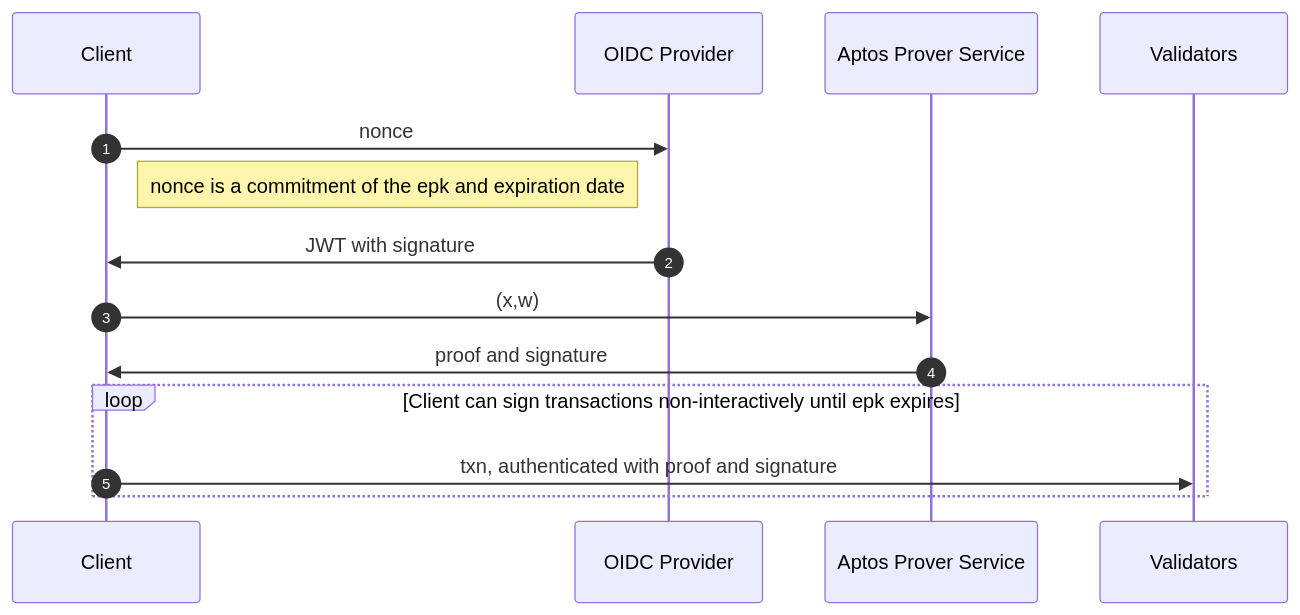
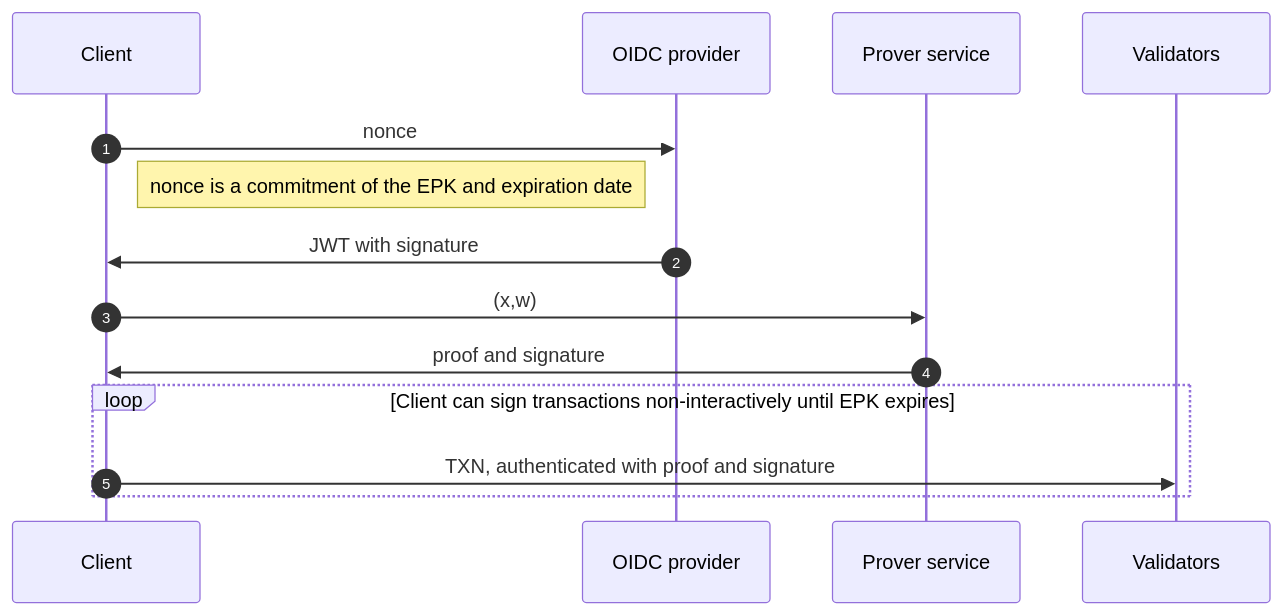
Before and after one commit to aptos-foundation/AIPs: the diagram in aips/aip-x.md, drawn with Mermaid. The commit also changed other lines of this file, not shown here.

````diff
--- a/aips/aip-x.md
+++ b/aips/aip-x.md
@@ -100,12 +100,12 @@
 ```mermaid
 sequenceDiagram
 autonumber
-Client->>OIDC Provider: nonce
-Note left of OIDC Provider: nonce is a commitment of the epk and expiration date
-OIDC Provider->>Client: JWT with signature
-Client->>Aptos Prover Service: (x,w)
-Aptos Prover Service->>Client: proof and signature
-loop Client can sign transactions non-interactively until epk expires
-	Client ->> Validators: txn, authenticated with proof and signature
+Client->>OIDC provider: nonce
+Note left of OIDC provider: nonce is a commitment of the EPK and expiration date
+OIDC provider->>Client: JWT with signature
+Client->>Prover service: (x,w)
+Prover service->>Client: proof and signature
+loop Client can sign transactions non-interactively until EPK expires
+	Client ->> Validators: TXN, authenticated with proof and signature
 end
 ```
````
